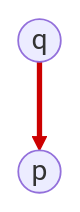
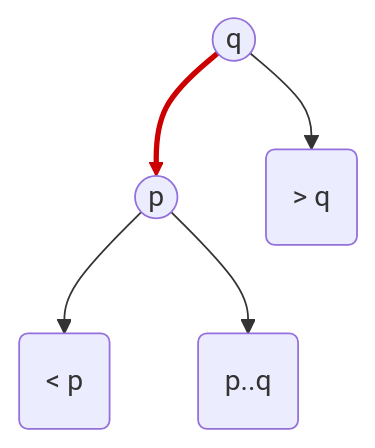
The second of 15 diagrams in _drafts/2018-09-25-red-black-bst.md (tmtxt/tmtxt.github.com), drawn with Mermaid before and after one commit. The commit also changed other lines of this file, not shown here.

```diff
--- a/_drafts/2018-09-25-red-black-bst.md
+++ b/_drafts/2018-09-25-red-black-bst.md
@@ -22,7 +33,10 @@
 <div class="mermaid">
 graph TD
   Q((q)) --> P((p))
+  Q --> R3("&gt; q")
+  P --> R1("&lt; p")
+  P --> R2("p..q")
 
 linkStyle 0 stroke:#c00,stroke-width:3px
 
 </div>
```
